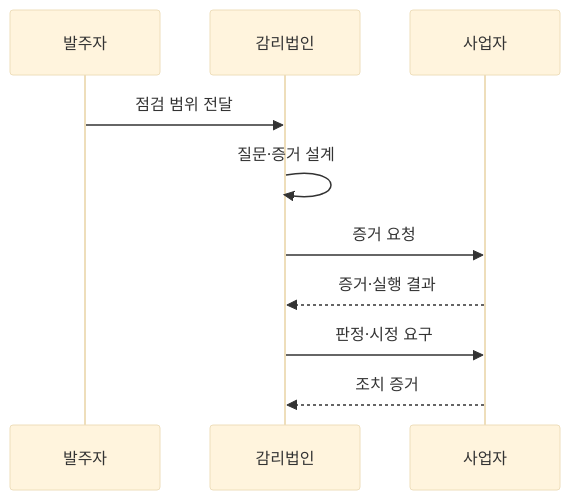
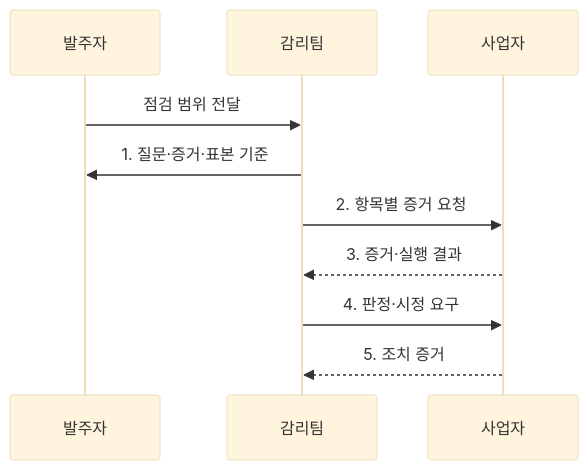
Before and after one commit to agnusdei1207/knowledge-base: the diagram in src/content/docs/notes/06-evaluation/044_audit_checklist.md, drawn with Mermaid (base theme). The commit also changed other lines of this file and 9 other files, not shown here.

````diff
--- a/src/content/docs/notes/06-evaluation/044_audit_checklist.md
+++ b/src/content/docs/notes/06-evaluation/044_audit_checklist.md
@@ -84,12 +73,12 @@
 ```mermaid
 sequenceDiagram
     participant C as 발주자
-    participant A as 감리법인
+    participant A as 감리팀
     participant S as 사업자
     C->>A: 점검 범위 전달
-    A->>A: 질문·증거 설계
-    A->>S: 증거 요청
-    S-->>A: 증거·실행 결과
-    A->>S: 판정·시정 요구
-    S-->>A: 조치 증거
+    A->>C: 1. 질문·증거·표본 기준
+    A->>S: 2. 항목별 증거 요청
+    S-->>A: 3. 증거·실행 결과
+    A->>S: 4. 판정·시정 요구
+    S-->>A: 5. 조치 증거
 ```
````
